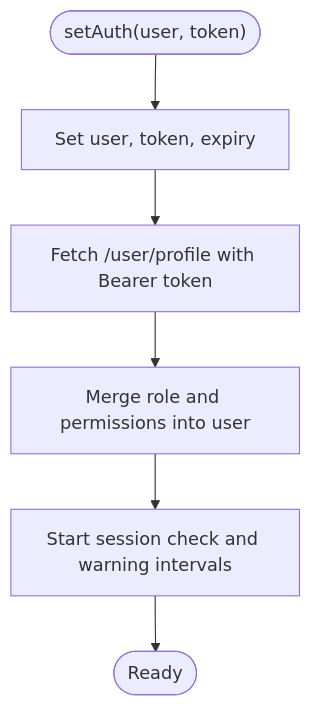
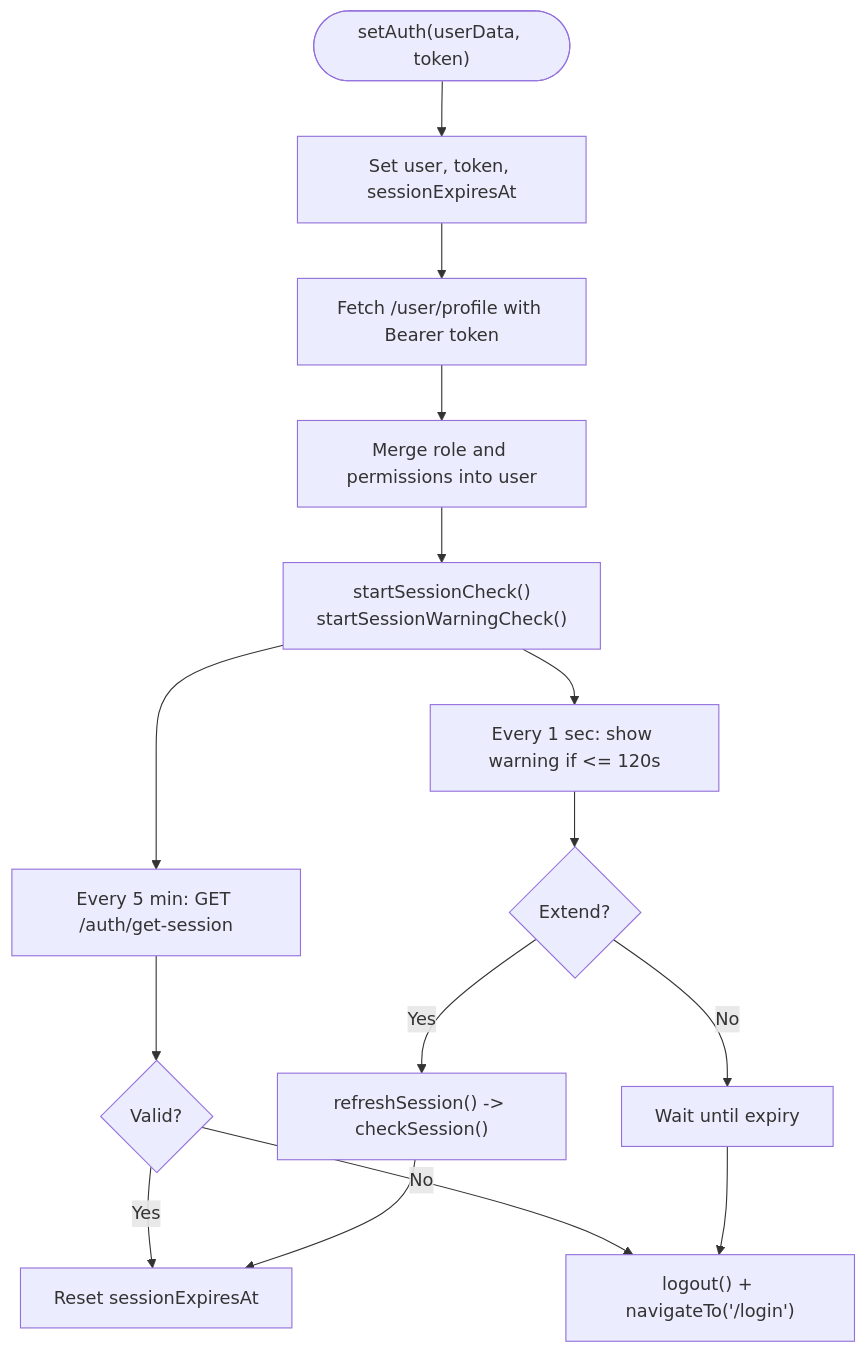
Before and after one commit to Lazynerd-Studios/lacarte-atlas-console: the third of 12 diagrams in .qoder/repowiki/en/content/Authentication & Authorization/Authentication & Authorization.md, drawn with Mermaid. The commit also changed other lines of this file and 139 other files, not shown here.

````diff
--- a/.qoder/repowiki/en/content/Authentication & Authorization/Authentication & Authorization.md
+++ b/.qoder/repowiki/en/content/Authentication & Authorization/Authentication & Authorization.md
@@ -176,8 +174,17 @@
 ```mermaid
 flowchart TD
-Start(["setAuth(user, token)"]) --> SetState["Set user, token, expiry"]
+Start(["setAuth(userData, token)"]) --> SetState["Set user, token, sessionExpiresAt"]
 SetState --> FetchProfile["Fetch /user/profile with Bearer token"]
-FetchProfile --> Merge["Merge role and permissions into user"]
-Merge --> StartTimers["Start session check and warning intervals"]
-StartTimers --> End(["Ready"])
+FetchProfile --> MergeRolePerm["Merge role and permissions into user"]
+MergeRolePerm --> StartChecks["startSessionCheck()<br/>startSessionWarningCheck()"]
+StartChecks --> PeriodicCheck["Every 5 min: GET /auth/get-session"]
+PeriodicCheck --> Valid{"Valid?"}
+Valid --> |Yes| ResetExpiry["Reset sessionExpiresAt"]
+Valid --> |No| Logout["logout() + navigateTo('/login')"]
+StartChecks --> WarningTimer["Every 1 sec: show warning if <= 120s"]
+WarningTimer --> Extend{"Extend?"}
+Extend --> |Yes| Refresh["refreshSession() -> checkSession()"]
+Refresh --> ResetExpiry
+Extend --> |No| Wait["Wait until expiry"]
+Wait --> Logout
 ```
````
